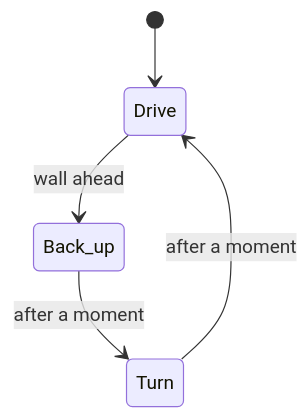
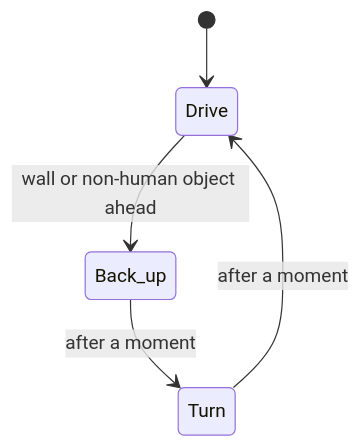
One commit to MyT0pic/CSCI39536_Robotic_Group_Project changed the diagram in README.md. Above: the diagram before and after it, drawn with Mermaid. The commit also changed other lines of this file, not shown here.

Commit message:
Clarify Back_up state in state diagram
Updated the Back_up state description to include non-human objects.

````diff
--- a/README.md
+++ b/README.md
@@ -40,7 +40,7 @@
 ```mermaid
 stateDiagram-v2
     [*] --> Drive
-    Drive --> Back_up: wall ahead
+    Drive --> Back_up: wall or non-human object ahead
     Back_up --> Turn: after a moment
     Turn --> Drive: after a moment
 ```
````
